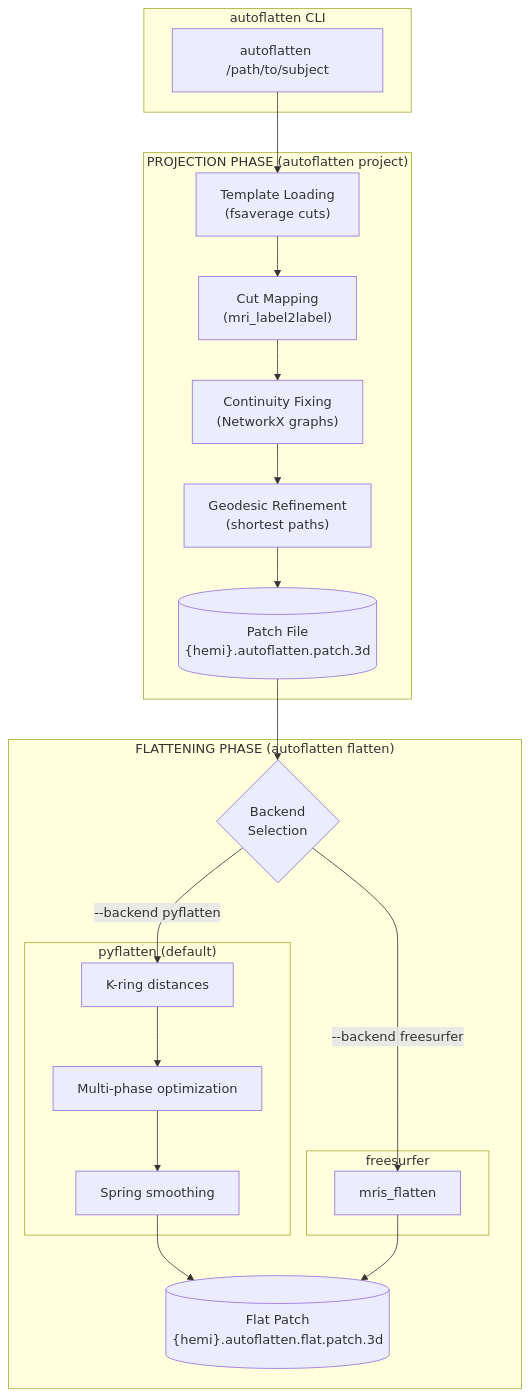
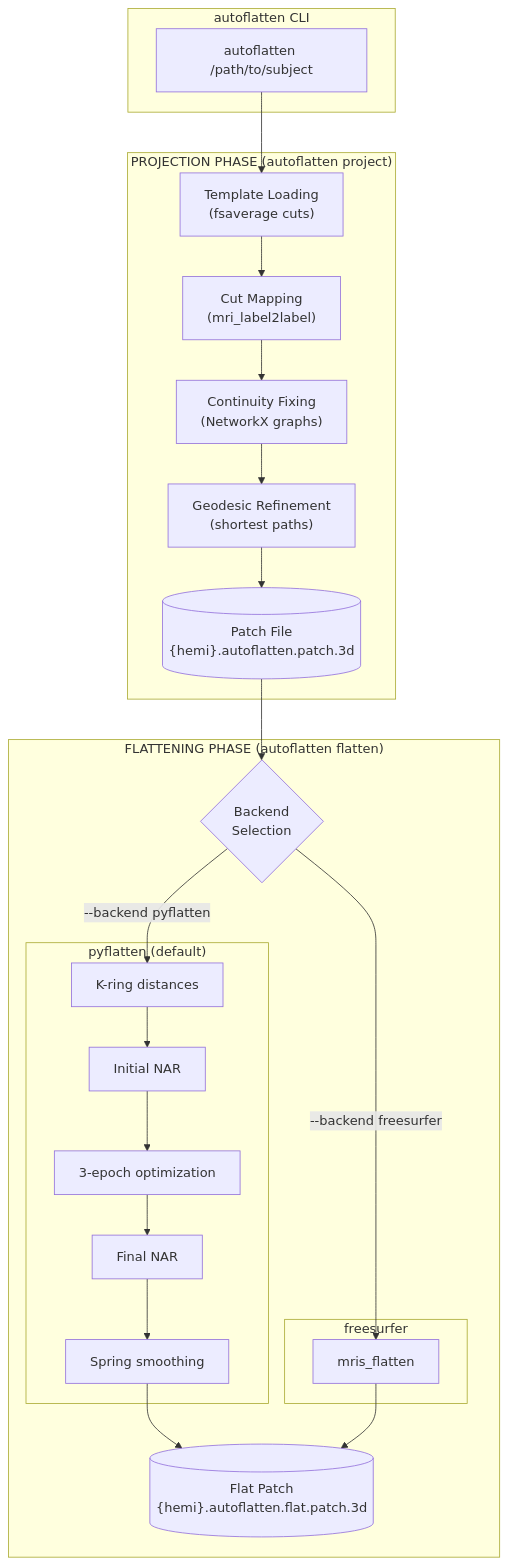
Before and after one commit to gallantlab/autoflatten: the diagram in README.md, drawn with Mermaid. The commit also changed other lines of this file, not shown here.

First line of the commit message:
DOC Update README flattening phase to describe FreeSurfer-style optimization

````diff
--- a/README.md
+++ b/README.md
@@ -131,39 +131,41 @@
 ```mermaid
 flowchart TD
     subgraph CLI["autoflatten CLI"]
         A["autoflatten /path/to/subject"]
     end
 
     subgraph PROJ["PROJECTION PHASE (autoflatten project)"]
         B["Template Loading<br/>(fsaverage cuts)"]
         C["Cut Mapping<br/>(mri_label2label)"]
         D["Continuity Fixing<br/>(NetworkX graphs)"]
         E["Geodesic Refinement<br/>(shortest paths)"]
         F[("Patch File<br/>{hemi}.autoflatten.patch.3d")]
     end
 
     subgraph FLAT["FLATTENING PHASE (autoflatten flatten)"]
         G{"Backend<br/>Selection"}
         subgraph PY["pyflatten (default)"]
             H1["K-ring distances"]
-            H2["Multi-phase optimization"]
-            H3["Spring smoothing"]
+            H2["Initial NAR"]
+            H3["3-epoch optimization"]
+            H4["Final NAR"]
+            H5["Spring smoothing"]
         end
         subgraph FS["freesurfer"]
             I["mris_flatten"]
         end
         J[("Flat Patch<br/>{hemi}.autoflatten.flat.patch.3d")]
     end
 
     A --> B
     B --> C
     C --> D
     D --> E
     E --> F
     F --> G
     G -->|"--backend pyflatten"| H1
-    H1 --> H2 --> H3
+    H1 --> H2 --> H3 --> H4 --> H5
     G -->|"--backend freesurfer"| I
-    H3 --> J
+    H5 --> J
     I --> J
 ```
````
